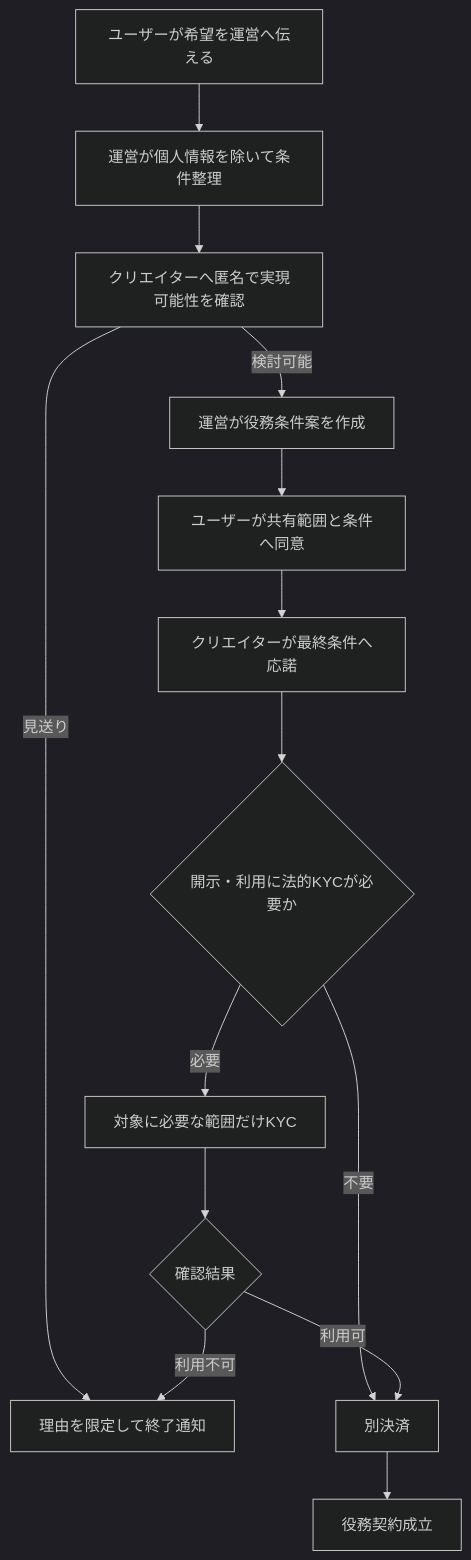
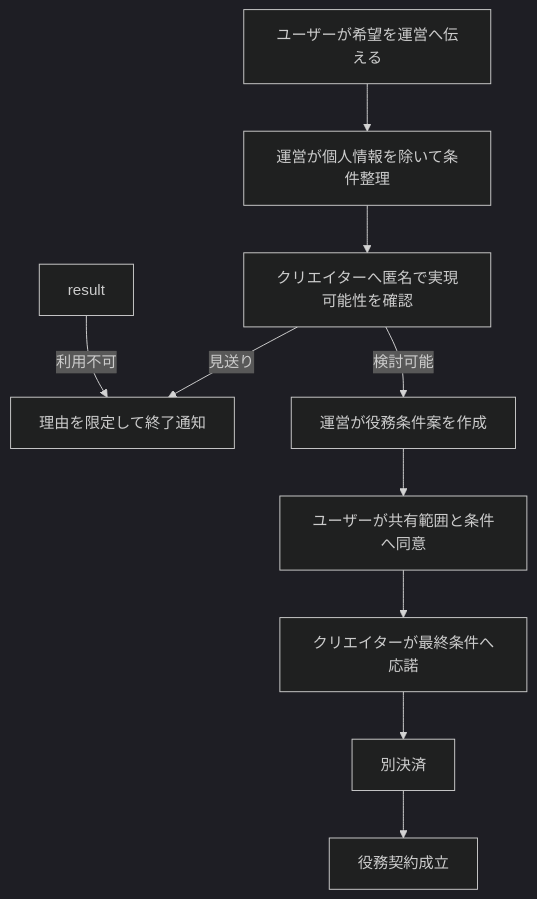
One commit to odokura/odokura-hp changed the diagram in docs/apps/XXGGLL/concept/benefits/templates.md. Above: the diagram before and after it, drawn with Mermaid (dark theme). The commit also changed other lines of this file and 24 other files, not shown here.

````diff
--- a/docs/apps/XXGGLL/concept/benefits/templates.md
+++ b/docs/apps/XXGGLL/concept/benefits/templates.md
@@ -70,16 +70,12 @@
 ```mermaid
 flowchart TB
     request[ユーザーが希望を運営へ伝える] --> sanitize[運営が個人情報を除いて条件整理]
     sanitize --> creatorCheck[クリエイターへ匿名で実現可能性を確認]
     creatorCheck -->|見送り| close[理由を限定して終了通知]
     creatorCheck -->|検討可能| terms[運営が役務条件案を作成]
     terms --> userConsent[ユーザーが共有範囲と条件へ同意]
     userConsent --> creatorConsent[クリエイターが最終条件へ応諾]
-    creatorConsent --> legal{開示・利用に法的KYCが必要か}
-    legal -->|不要| payment[別決済]
-    legal -->|必要| kyc[対象に必要な範囲だけKYC]
-    kyc --> result{確認結果}
-    result -->|利用可| payment
+    creatorConsent --> payment[別決済]
     result -->|利用不可| close
     payment --> contract[役務契約成立]
 ```
````
